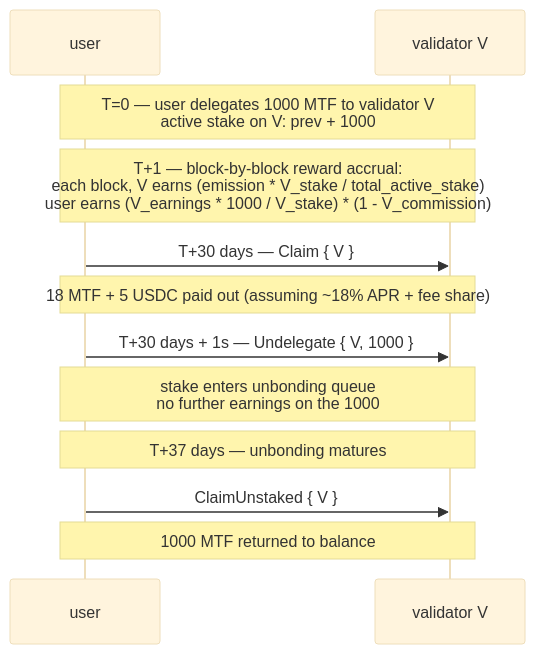
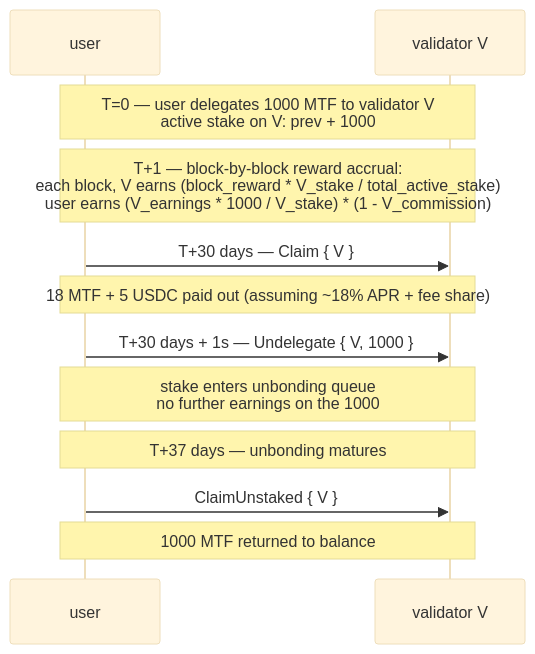
Before and after one commit to mtf-exchange/metaflux-knowledges: the second of 2 diagrams in docs/concepts/staking.md, drawn with Mermaid (base theme). The commit also changed other lines of this file and 11 other files, not shown here.

First line of the commit message:
docs: staking rewards flow fees -> validators (20%) -> stakers; fix mip-4 split to 70/20/10

````diff
--- a/docs/concepts/staking.md
+++ b/docs/concepts/staking.md
@@ -226,14 +231,14 @@
 ```mermaid
 sequenceDiagram
     participant U as user
     participant V as validator V
     Note over U,V: T=0 — user delegates 1000 MTF to validator V<br/>active stake on V: prev + 1000
-    Note over U,V: T+1 — block-by-block reward accrual:<br/>each block, V earns (emission * V_stake / total_active_stake)<br/>user earns (V_earnings * 1000 / V_stake) * (1 - V_commission)
+    Note over U,V: T+1 — block-by-block reward accrual:<br/>each block, V earns (block_reward * V_stake / total_active_stake)<br/>user earns (V_earnings * 1000 / V_stake) * (1 - V_commission)
     U->>V: T+30 days — Claim { V }
     Note over U,V: 18 MTF + 5 USDC paid out (assuming ~18% APR + fee share)
     U->>V: T+30 days + 1s — Undelegate { V, 1000 }
     Note over U,V: stake enters unbonding queue<br/>no further earnings on the 1000
     Note over U,V: T+37 days — unbonding matures
     U->>V: ClaimUnstaked { V }
     Note over U,V: 1000 MTF returned to balance
 ```
````
